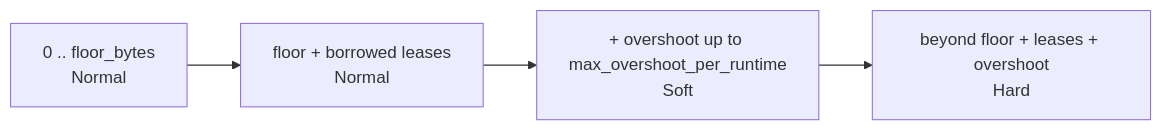
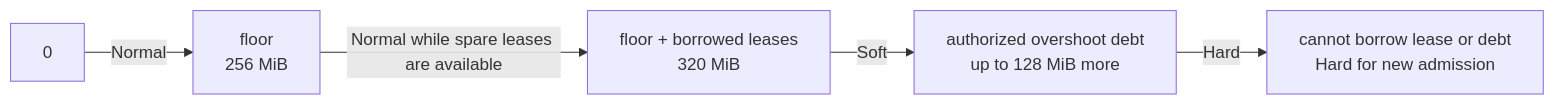
The fourth of 8 diagrams in rust/otap-dataflow/docs/memory-limiter-phase2.md (lalitb/otel-arrow), drawn with Mermaid before and after one commit. The commit also changed other lines of this file, not shown here.

Commit message:
Clarify memory budget semantics and diagrams

````diff
--- a/rust/otap-dataflow/docs/memory-limiter-phase2.md
+++ b/rust/otap-dataflow/docs/memory-limiter-phase2.md
@@ -575,6 +617,13 @@
 ```mermaid
 flowchart LR
-    A["0 .. floor_bytes<br/>Normal"] --> B["floor + borrowed leases<br/>Normal"]
-    B --> C["+ overshoot up to max_overshoot_per_runtime<br/>Soft"]
-    C --> D["beyond floor + leases + overshoot<br/>Hard"]
+    Z["0"]
+    F["floor<br/>256 MiB"]
+    L["floor + borrowed leases<br/>320 MiB"]
+    O["authorized overshoot debt<br/>up to 128 MiB more"]
+    H["cannot borrow lease or debt<br/>Hard for new admission"]
+
+    Z -->|"Normal"| F
+    F -->|"Normal while spare leases are available"| L
+    L -->|"Soft"| O
+    O -->|"Hard"| H
 ```
````
